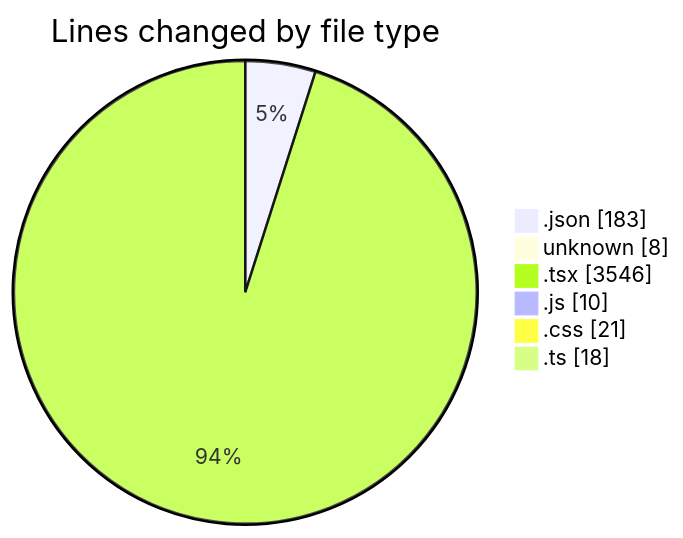
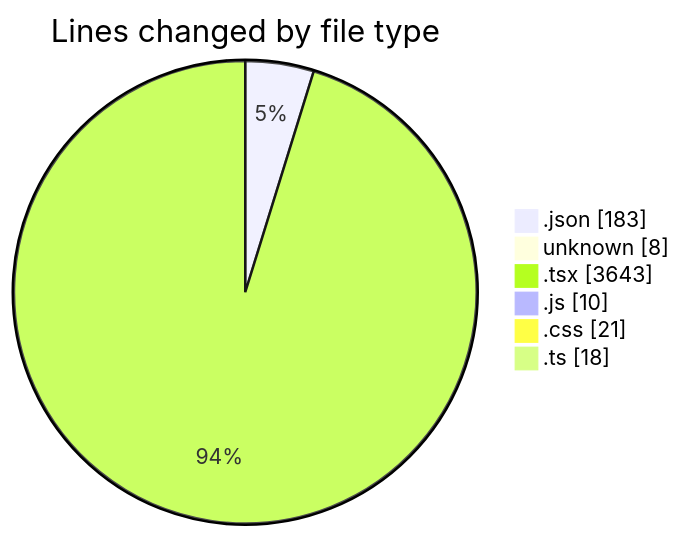
Before and after one commit to Elitesun/code-tracking: the first of 2 diagrams in 2025-05-02/niten/README.md, drawn with Mermaid. The commit also changed other lines of this file and 1 other file, not shown here.

````diff
--- a/2025-05-02/niten/README.md
+++ b/2025-05-02/niten/README.md
@@ -45,10 +46,10 @@
 ```mermaid
 pie showData
 title Lines changed by file type
 ".json" : 183
 "unknown" : 8
-".tsx" : 3546
+".tsx" : 3643
 ".js" : 10
 ".css" : 21
 ".ts" : 18
 ```
````
